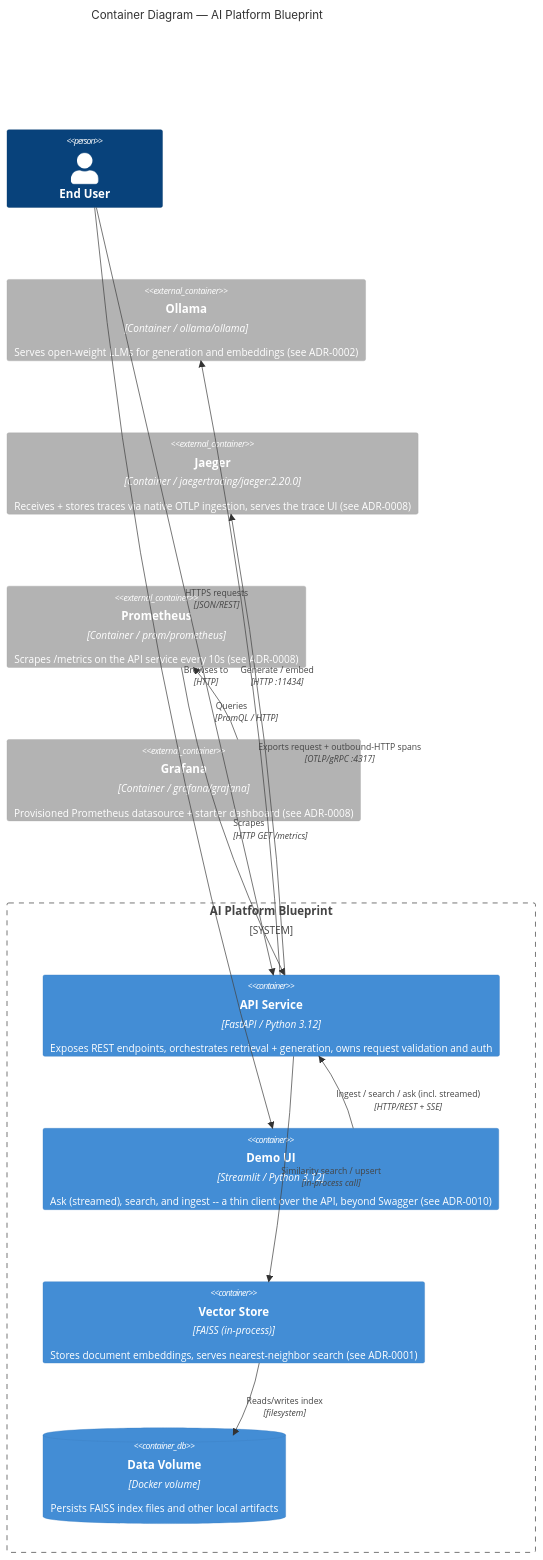
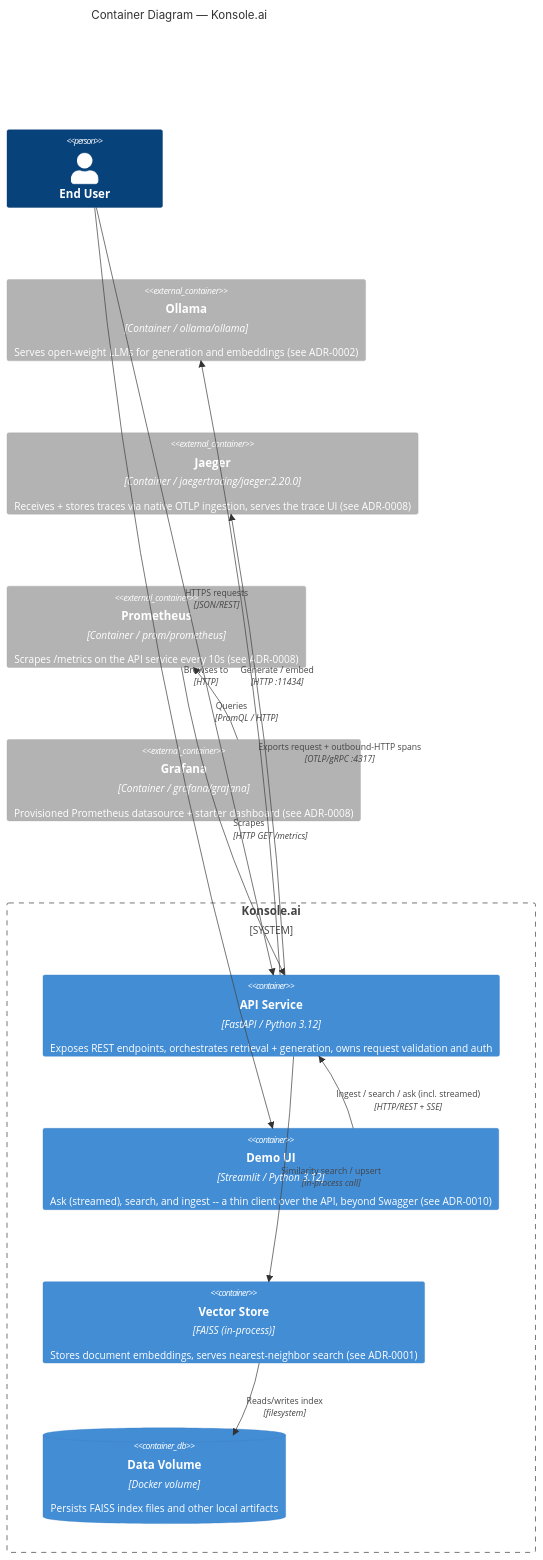
Before and after one commit to rafael-ceotto/ai-platform-blueprint: the second of 3 diagrams in docs/architecture/c4-model.md, drawn with Mermaid. The commit also changed other lines of this file and 20 other files, not shown here.

First line of the commit message:
rename: AI Platform Blueprint -> Konsole.ai

````diff
--- a/docs/architecture/c4-model.md
+++ b/docs/architecture/c4-model.md
@@ -37,28 +37,28 @@
 ```mermaid
 C4Container
-    title Container Diagram — AI Platform Blueprint
+    title Container Diagram — Konsole.ai
 
     Person(user, "End User")
 
-    System_Boundary(platform, "AI Platform Blueprint") {
+    System_Boundary(platform, "Konsole.ai") {
         Container(api, "API Service", "FastAPI / Python 3.12", "Exposes REST endpoints, orchestrates retrieval + generation, owns request validation and auth")
         Container(ui, "Demo UI", "Streamlit / Python 3.12", "Ask (streamed), search, and ingest -- a thin client over the API, beyond Swagger (see ADR-0010)")
         Container(vectorstore, "Vector Store", "FAISS (in-process)", "Stores document embeddings, serves nearest-neighbor search (see ADR-0001)")
         ContainerDb(datavol, "Data Volume", "Docker volume", "Persists FAISS index files and other local artifacts")
     }
 
     Container_Ext(ollama, "Ollama", "Container / ollama/ollama", "Serves open-weight LLMs for generation and embeddings (see ADR-0002)")
     Container_Ext(jaeger, "Jaeger", "Container / jaegertracing/jaeger:2.20.0", "Receives + stores traces via native OTLP ingestion, serves the trace UI (see ADR-0008)")
     Container_Ext(prometheus, "Prometheus", "Container / prom/prometheus", "Scrapes /metrics on the API service every 10s (see ADR-0008)")
     Container_Ext(grafana, "Grafana", "Container / grafana/grafana", "Provisioned Prometheus datasource + starter dashboard (see ADR-0008)")
 
     Rel(user, api, "HTTPS requests", "JSON/REST")
     Rel(user, ui, "Browses to", "HTTP")
     Rel(ui, api, "Ingest / search / ask (incl. streamed)", "HTTP/REST + SSE")
     Rel(api, vectorstore, "Similarity search / upsert", "in-process call")
     Rel(vectorstore, datavol, "Reads/writes index", "filesystem")
     Rel(api, ollama, "Generate / embed", "HTTP :11434")
     Rel(api, jaeger, "Exports request + outbound-HTTP spans", "OTLP/gRPC :4317")
     Rel(prometheus, api, "Scrapes", "HTTP GET /metrics")
     Rel(grafana, prometheus, "Queries", "PromQL / HTTP")
 ```
````
